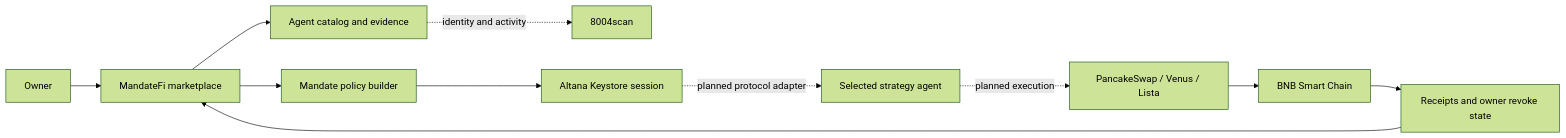
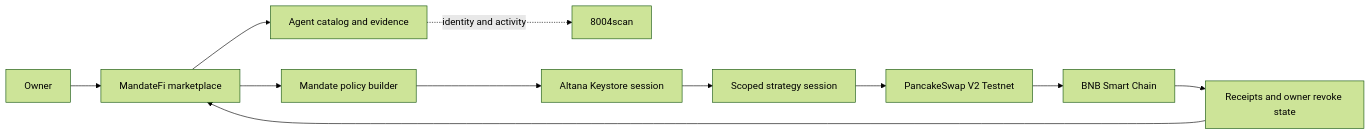
Before and after one commit to FeeeeelixWong/mandatefi: the diagram in README.md, drawn with Mermaid (forest theme). The commit also changed other lines of this file and 9 other files, not shown here.

Commit message:
feat: execute bounded PancakeSwap strategy

````diff
--- a/README.md
+++ b/README.md
@@ -60,13 +68,13 @@
 ```mermaid
 flowchart LR
   U["Owner"] --> M["MandateFi marketplace"]
   M --> C["Agent catalog and evidence"]
   C -. "identity and activity" .-> E["8004scan"]
   M --> P["Mandate policy builder"]
   P --> K["Altana Keystore session"]
-  K -. "planned protocol adapter" .-> A["Selected strategy agent"]
-  A -. "planned execution" .-> D["PancakeSwap / Venus / Lista"]
+  K --> A["Scoped strategy session"]
+  A --> D["PancakeSwap V2 Testnet"]
   D --> B["BNB Smart Chain"]
   B --> R["Receipts and owner revoke state"]
   R --> M
 ```
````
